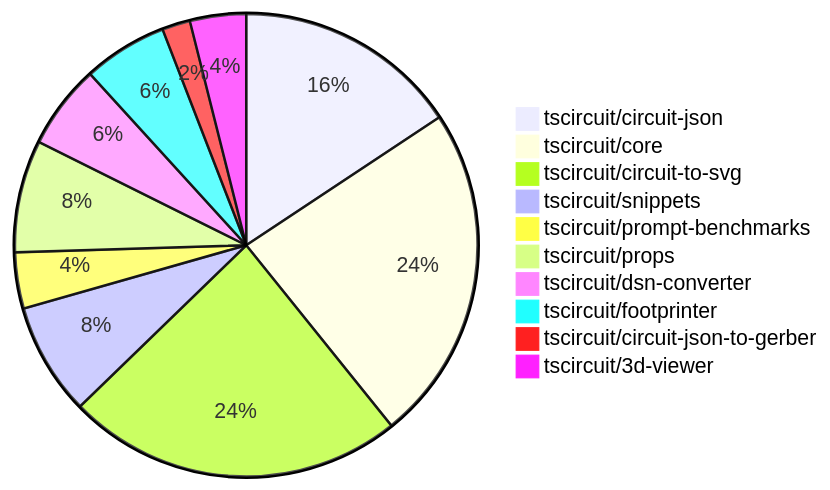
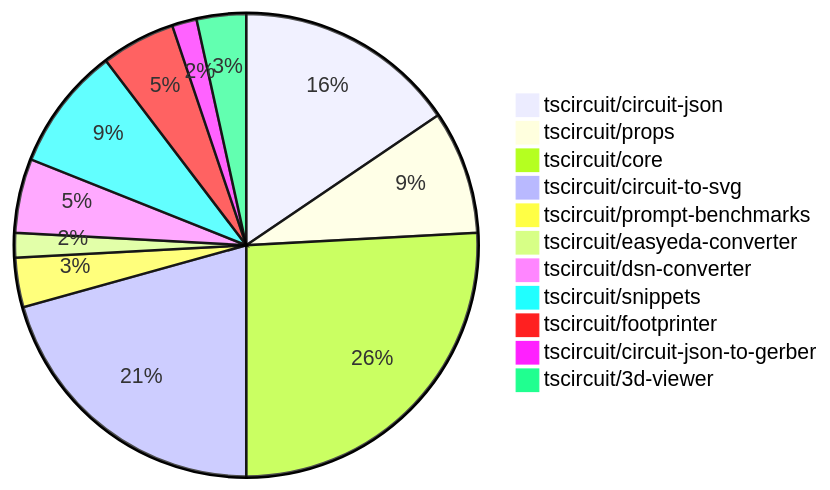
One commit to tscircuit/contribution-tracker changed the diagram in contribution-overviews/2024-11-06.md. Above: the diagram before and after it, drawn with Mermaid. The commit also changed other lines of this file and 1 other file, not shown here.

````diff
--- a/contribution-overviews/2024-11-06.md
+++ b/contribution-overviews/2024-11-06.md
@@ -5,13 +5,14 @@
 ```mermaid
 pie
-    "tscircuit/circuit-json" : 8
-    "tscircuit/core" : 12
+    "tscircuit/circuit-json" : 9
+    "tscircuit/props" : 5
+    "tscircuit/core" : 15
     "tscircuit/circuit-to-svg" : 12
-    "tscircuit/snippets" : 4
     "tscircuit/prompt-benchmarks" : 2
-    "tscircuit/props" : 4
+    "tscircuit/easyeda-converter" : 1
     "tscircuit/dsn-converter" : 3
+    "tscircuit/snippets" : 5
     "tscircuit/footprinter" : 3
     "tscircuit/circuit-json-to-gerber" : 1
     "tscircuit/3d-viewer" : 2
 ```
````
